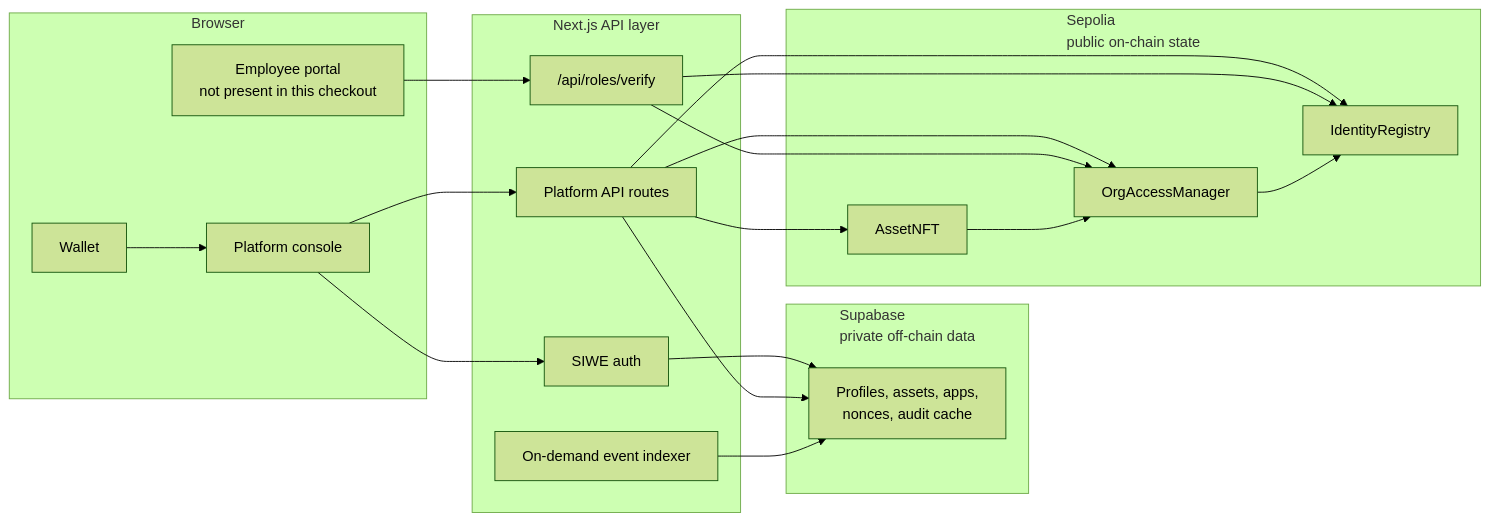
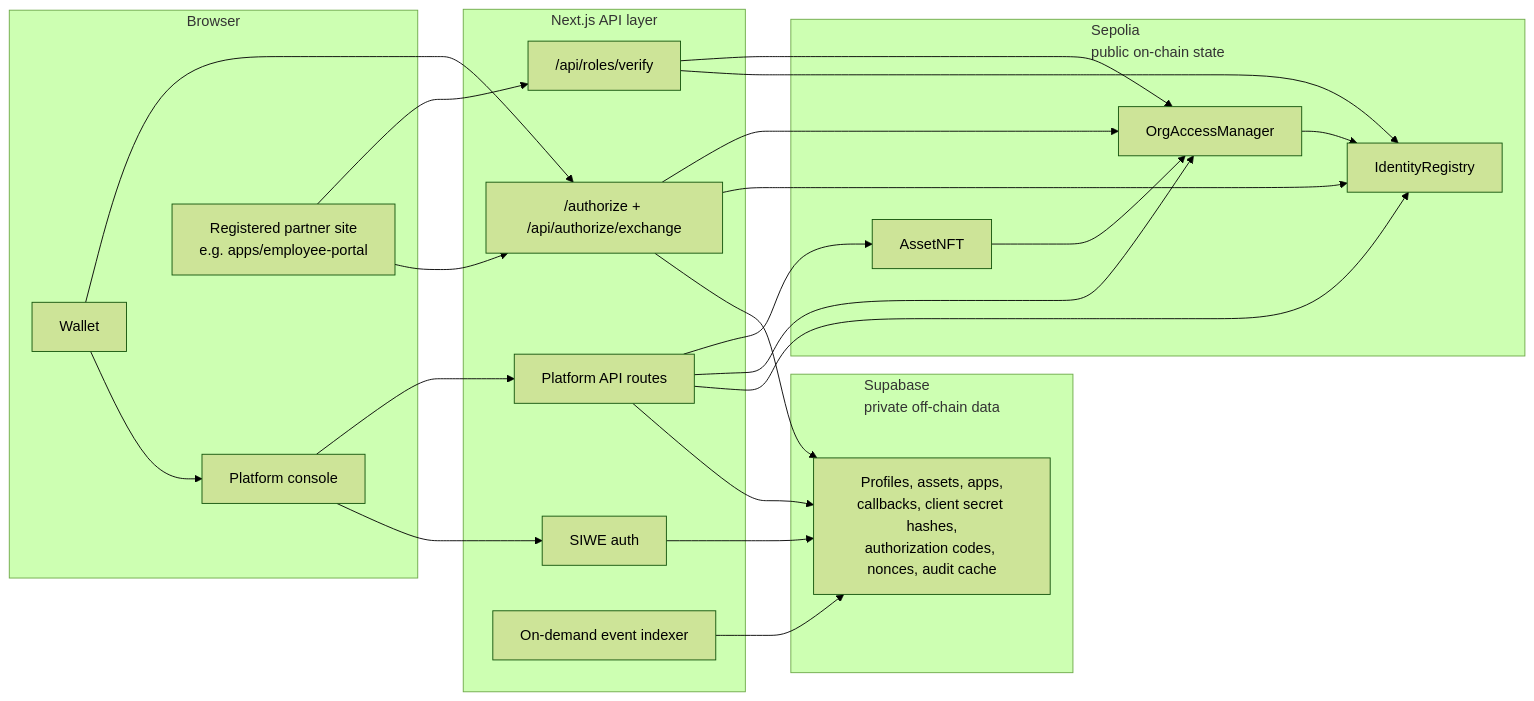
Before and after one commit to SWADHIN300/owneX: the first of 4 diagrams in README.md, drawn with Mermaid (forest theme). The commit also changed other lines of this file and 50 other files, not shown here.

````diff
--- a/README.md
+++ b/README.md
@@ -63,40 +63,46 @@
 ```mermaid
 flowchart LR
   subgraph Browser["Browser"]
     Wallet["Wallet"]
     Console["Platform console"]
-    Portal["Employee portal\nnot present in this checkout"]
+    Portal["Registered partner site\ne.g. apps/employee-portal"]
   end
 
   subgraph API["Next.js API layer"]
     Auth["SIWE auth"]
+    Authorize["/authorize + /api/authorize/exchange"]
     Roles["/api/roles/verify"]
     Routes["Platform API routes"]
     Indexer["On-demand event indexer"]
   end
 
   subgraph Private["Supabase\nprivate off-chain data"]
-    Records["Profiles, assets, apps,\nnonces, audit cache"]
+    Records["Profiles, assets, apps,\ncallbacks, client secret hashes,\nauthorization codes, nonces, audit cache"]
   end
 
   subgraph Chain["Sepolia\npublic on-chain state"]
     IR["IdentityRegistry"]
     OAM["OrgAccessManager"]
     NFT["AssetNFT"]
   end
 
   Wallet --> Console
   Console --> Auth
   Console --> Routes
+  Portal --> Authorize
   Portal --> Roles
+  Wallet --> Authorize
+  Authorize --> Records
+  Authorize --> IR
+  Authorize --> OAM
   Auth --> Records
   Routes --> Records
   Indexer --> Records
   Routes --> IR
   Routes --> OAM
   Routes --> NFT
   Roles --> IR
   Roles --> OAM
   NFT --> OAM
   OAM --> IR
 ```
````
